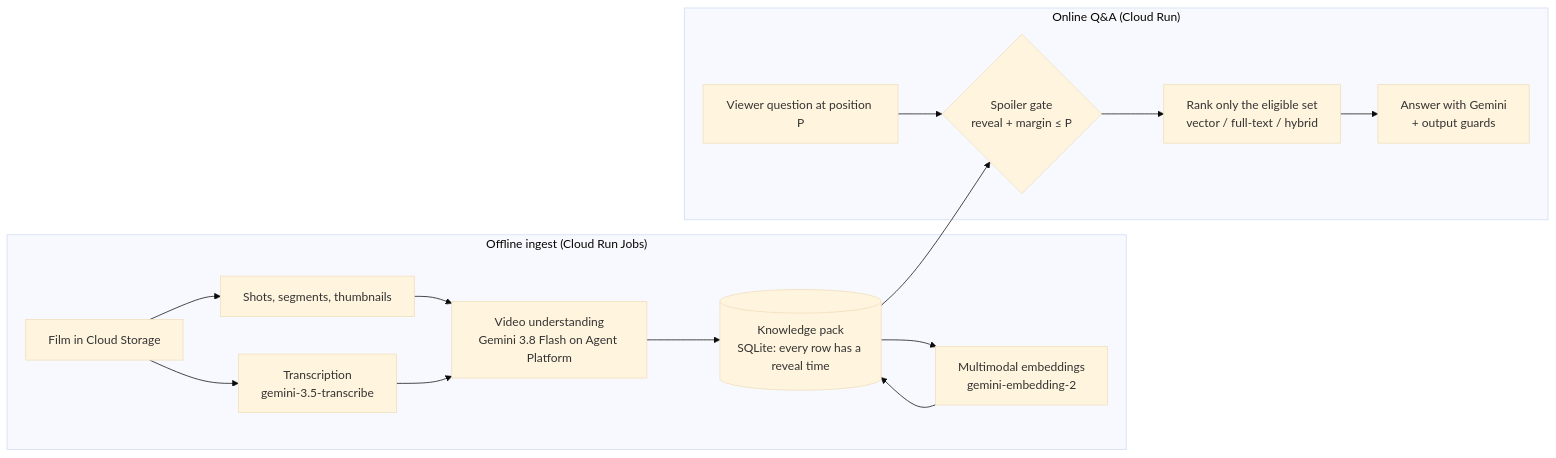
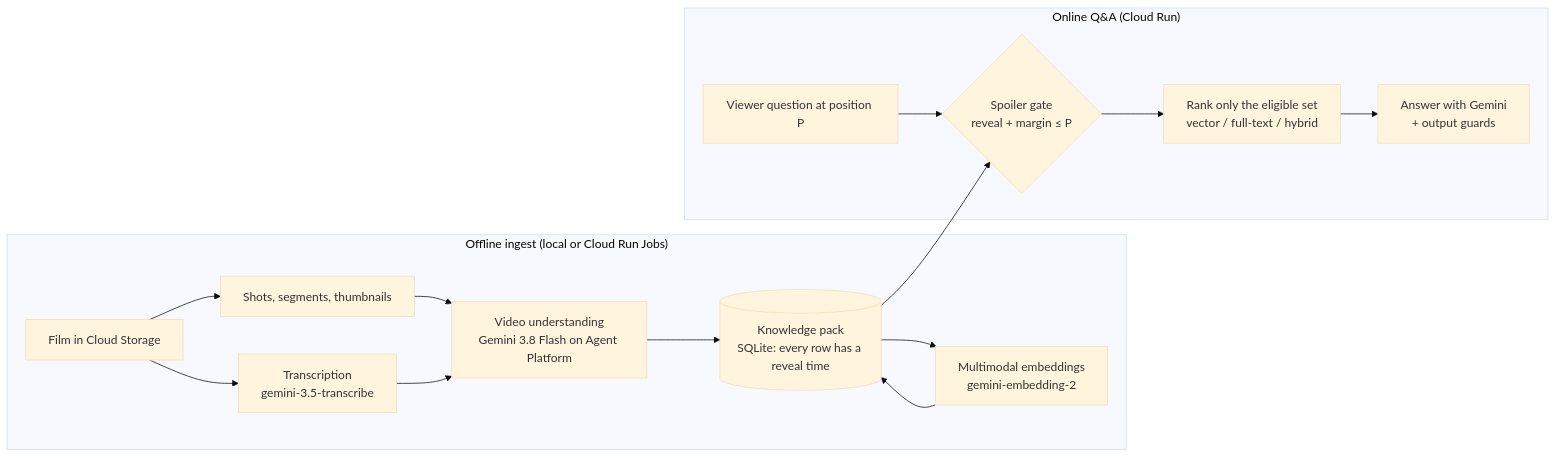
Before and after one commit to lennonkc/hello-watch-assistant: the diagram in README.md, drawn with Mermaid (base theme). The commit also changed other lines of this file and 31 other files, not shown here.

First line of the commit message:
Web demo: ADK agent with gate-aware tools, live player and interactive architecture tab

````diff
--- a/README.md
+++ b/README.md
@@ -22,18 +25,18 @@
 ```mermaid
 flowchart LR
-  subgraph Offline["Offline ingest (Cloud Run Jobs)"]
+  subgraph Offline["Offline ingest (local or Cloud Run Jobs)"]
     V[Film in Cloud Storage] --> S[Shots, segments, thumbnails]
     V --> T[Transcription<br/>gemini-3.5-transcribe]
     S --> U[Video understanding<br/>Gemini 3.8 Flash on Agent Platform]
     T --> U
     U --> K[(Knowledge pack<br/>SQLite: every row has a reveal time)]
     K --> E[Multimodal embeddings<br/>gemini-embedding-2]
     E --> K
   end
   subgraph Online["Online Q&A (Cloud Run)"]
     Q[Viewer question at position P] --> G{Spoiler gate<br/>reveal + margin ≤ P}
     K --> G
     G --> R[Rank only the eligible set<br/>vector / full-text / hybrid]
     R --> A[Answer with Gemini<br/>+ output guards]
   end
 ```
````
